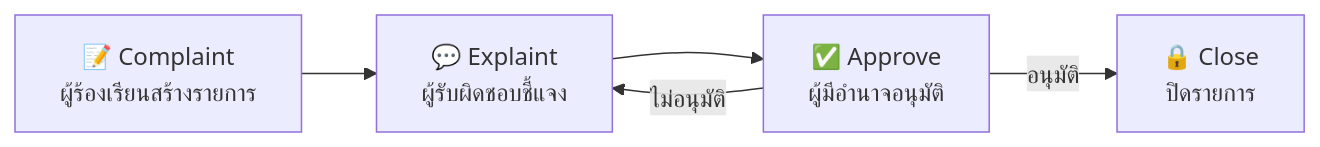
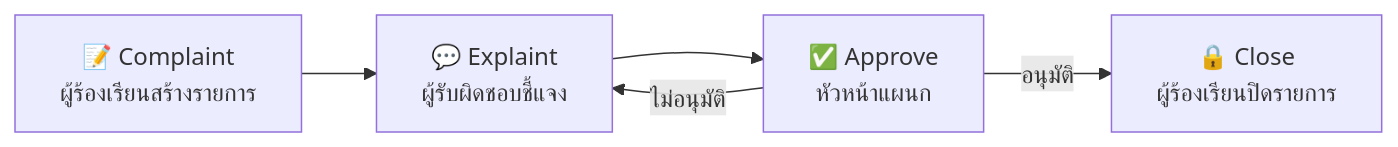
The second of 2 diagrams in README.md (GuyKiit/CorrectiveActionSystem), drawn with Mermaid before and after one commit. The commit also changed other lines of this file, not shown here.

````diff
--- a/README.md
+++ b/README.md
@@ -43,7 +65,7 @@
 ```mermaid
 flowchart LR
     A["📝 Complaint<br/>ผู้ร้องเรียนสร้างรายการ"] --> B["💬 Explaint<br/>ผู้รับผิดชอบชี้แจง"]
-    B --> C["✅ Approve<br/>ผู้มีอำนาจอนุมัติ"]
-    C -->|อนุมัติ| D["🔒 Close<br/>ปิดรายการ"]
+    B --> C["✅ Approve<br/>หัวหน้าแผนก"]
     C -->|ไม่อนุมัติ| B
+    C -->|อนุมัติ| D["🔒 Close<br/>ผู้ร้องเรียนปิดรายการ"]
 ```
````
